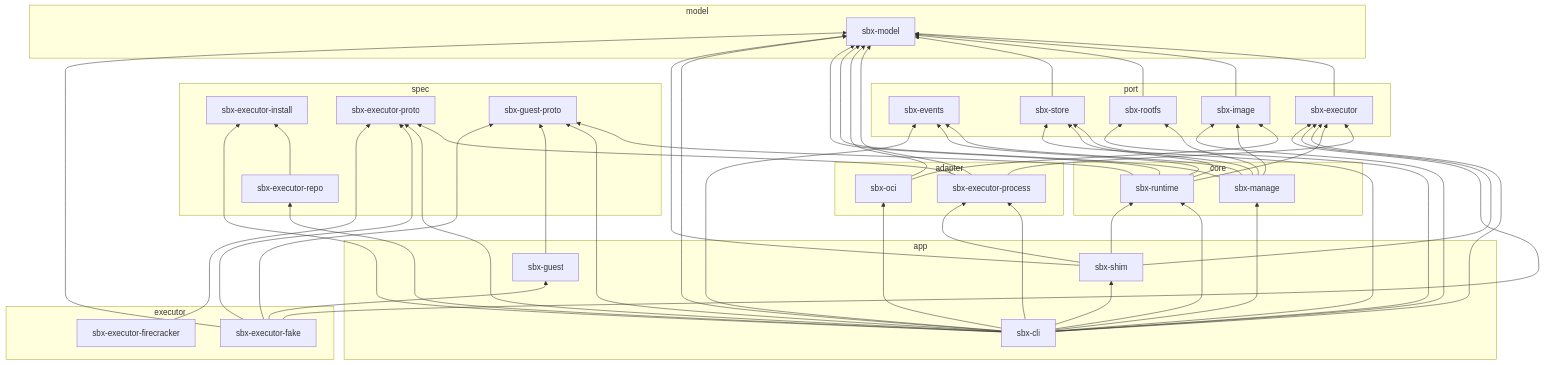
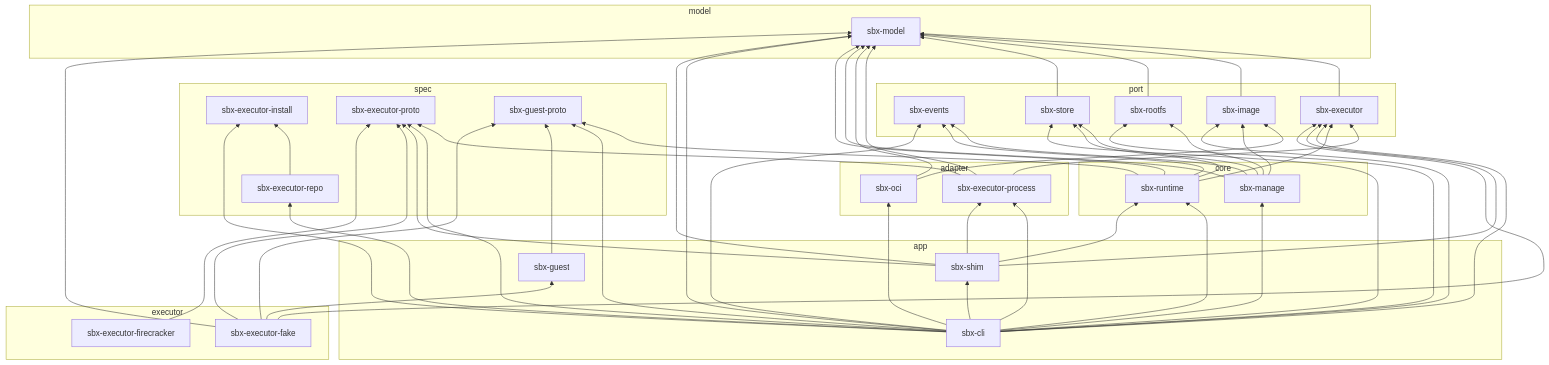
Before and after one commit to toollyst/sandbox: the diagram in docs/developers/crates.md, drawn with Mermaid. The commit also changed other lines of this file and 21 other files, not shown here.

First line of the commit message:
실행기와 어댑터를 나눈다: VMM 묶음, 어댑터 저장소 색인(schema 2)

```diff
--- a/docs/developers/crates.md
+++ b/docs/developers/crates.md
@@ -95,6 +95,7 @@
   sbx_guest --> sbx_guest_proto
   sbx_shim --> sbx_executor
   sbx_shim --> sbx_executor_process
+  sbx_shim --> sbx_executor_proto
   sbx_shim --> sbx_model
   sbx_shim --> sbx_runtime
   sbx_executor_fake --> sbx_executor
```
